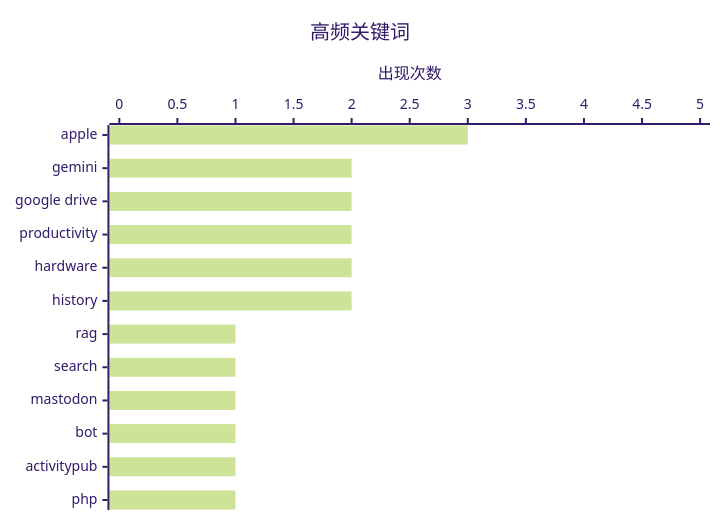
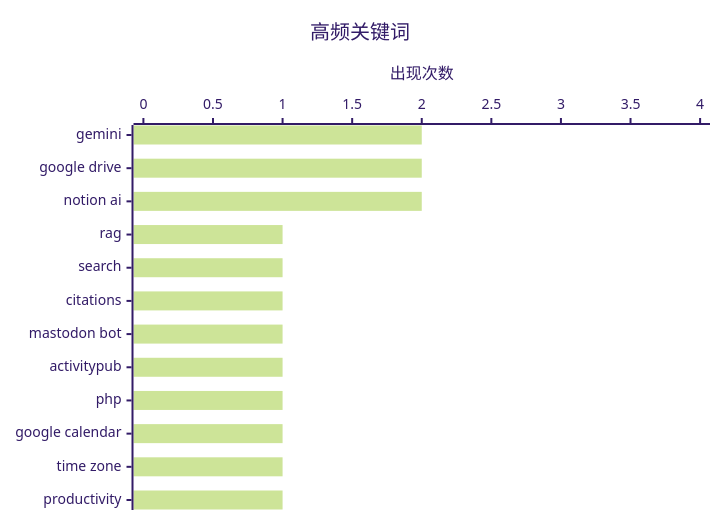
Before and after one commit to MirrMeur/ai-daily-digest: the second of 2 diagrams in digests/digest-20260317.md, drawn with Mermaid (forest theme). The commit also changed other lines of this file, not shown here.

````diff
--- a/digests/digest-20260317.md
+++ b/digests/digest-20260317.md
@@ -84,7 +83,7 @@
 ```mermaid
 xychart-beta horizontal
     title "高频关键词"
-    x-axis ["apple", "gemini", "google drive", "productivity", "hardware", "history", "rag", "search", "mastodon", "bot", "activitypub", "php"]
-    y-axis "出现次数" 0 --> 5
-    bar [3, 2, 2, 2, 2, 2, 1, 1, 1, 1, 1, 1]
+    x-axis ["gemini", "google drive", "notion ai", "rag", "search", "citations", "mastodon bot", "activitypub", "php", "google calendar", "time zone", "productivity"]
+    y-axis "出现次数" 0 --> 4
+    bar [2, 2, 2, 1, 1, 1, 1, 1, 1, 1, 1, 1]
 ```
````
